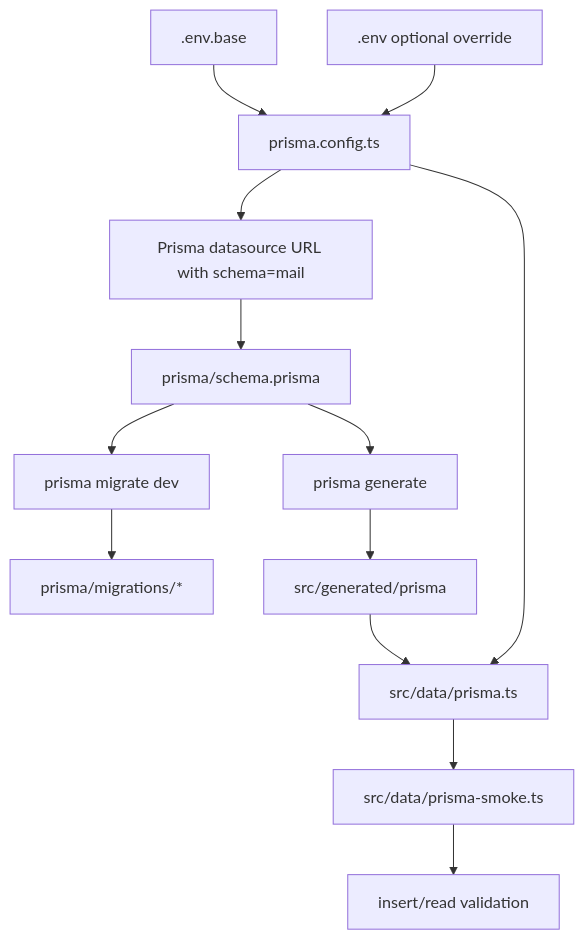
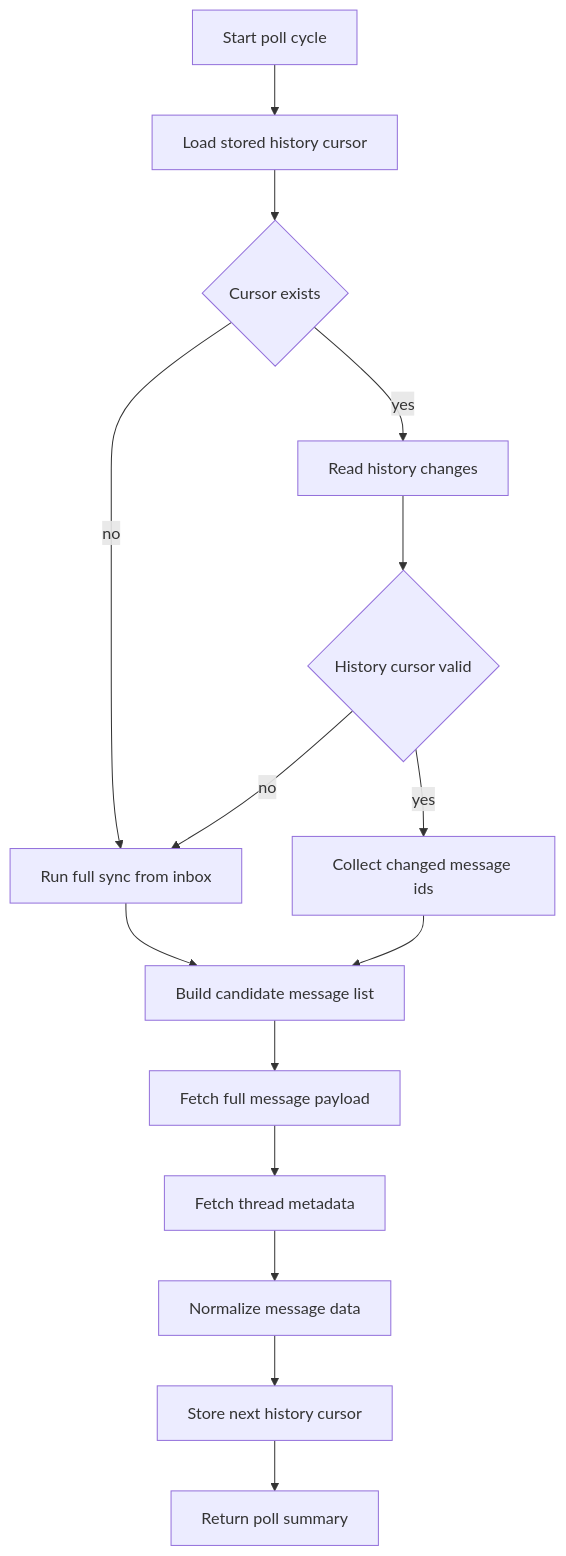
The third of 5 diagrams in apps/mail-agent/README.md (hoschi/all-personal-projects), drawn with Mermaid before and after one commit. The commit also changed other lines of this file, not shown here.

````diff
--- a/apps/mail-agent/README.md
+++ b/apps/mail-agent/README.md
@@ -149,15 +147,17 @@
 ```mermaid
 flowchart TD
-  A[.env.base] --> C[prisma.config.ts]
-  B[.env optional override] --> C
-  C --> D[Prisma datasource URL with schema=mail]
-  D --> E[prisma/schema.prisma]
-  E --> F[prisma migrate dev]
-  F --> G[prisma/migrations/*]
-  E --> H[prisma generate]
-  H --> I[src/generated/prisma]
-  C --> J[src/data/prisma.ts]
-  I --> J
-  J --> K[src/data/prisma-smoke.ts]
-  K --> L[insert/read validation]
+  A[Start poll cycle] --> B[Load stored history cursor]
+  B --> C{Cursor exists}
+  C -->|no| D[Run full sync from inbox]
+  C -->|yes| E[Read history changes]
+  E --> F{History cursor valid}
+  F -->|no| D
+  F -->|yes| G[Collect changed message ids]
+  D --> H[Build candidate message list]
+  G --> H
+  H --> I[Fetch full message payload]
+  I --> J[Fetch thread metadata]
+  J --> K[Normalize message data]
+  K --> L[Store next history cursor]
+  L --> M[Return poll summary]
 ```
````
